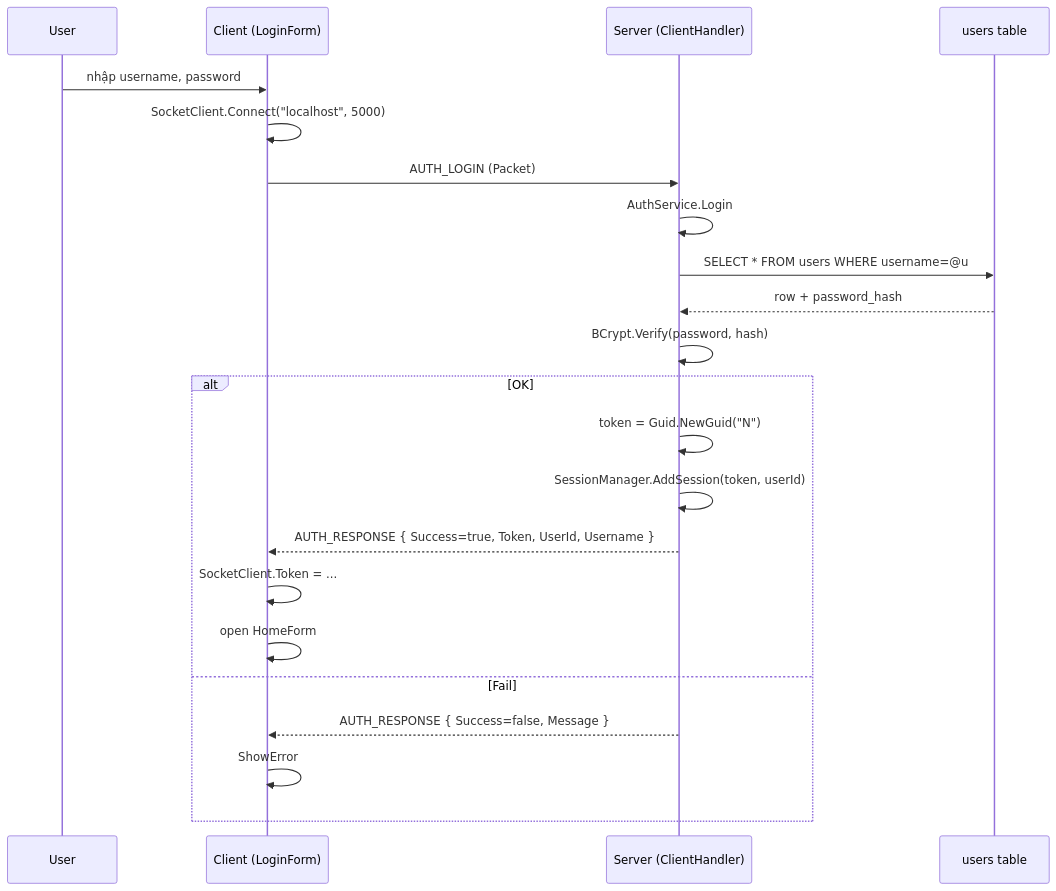
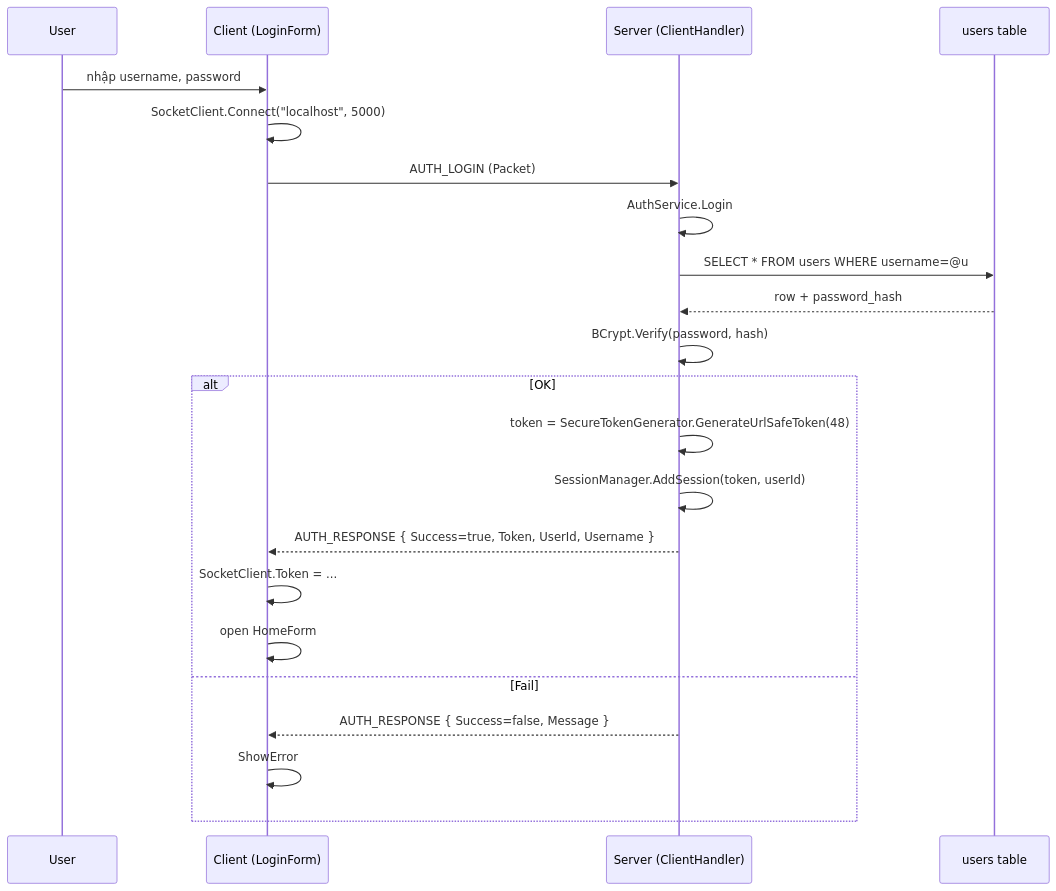
Before and after one commit to daik0000/NT106_Project_MarkTogether: the fourth of 4 diagrams in DOCUMENTATION.md, drawn with Mermaid. The commit also changed other lines of this file and 29 other files, not shown here.

````diff
--- a/DOCUMENTATION.md
+++ b/DOCUMENTATION.md
@@ -1007,24 +1056,24 @@
 ```mermaid
 sequenceDiagram
     participant U as User
     participant C as Client (LoginForm)
     participant S as Server (ClientHandler)
     participant DB as users table
     U->>C: nhập username, password
     C->>C: SocketClient.Connect("localhost", 5000)
     C->>S: AUTH_LOGIN (Packet)
     S->>S: AuthService.Login
     S->>DB: SELECT * FROM users WHERE username=@u
     DB-->>S: row + password_hash
     S->>S: BCrypt.Verify(password, hash)
     alt OK
-      S->>S: token = Guid.NewGuid("N")
+      S->>S: token = SecureTokenGenerator.GenerateUrlSafeToken(48)
       S->>S: SessionManager.AddSession(token, userId)
       S-->>C: AUTH_RESPONSE { Success=true, Token, UserId, Username }
       C->>C: SocketClient.Token = ...
       C->>C: open HomeForm
     else Fail
       S-->>C: AUTH_RESPONSE { Success=false, Message }
       C->>C: ShowError
     end
 ```
````
